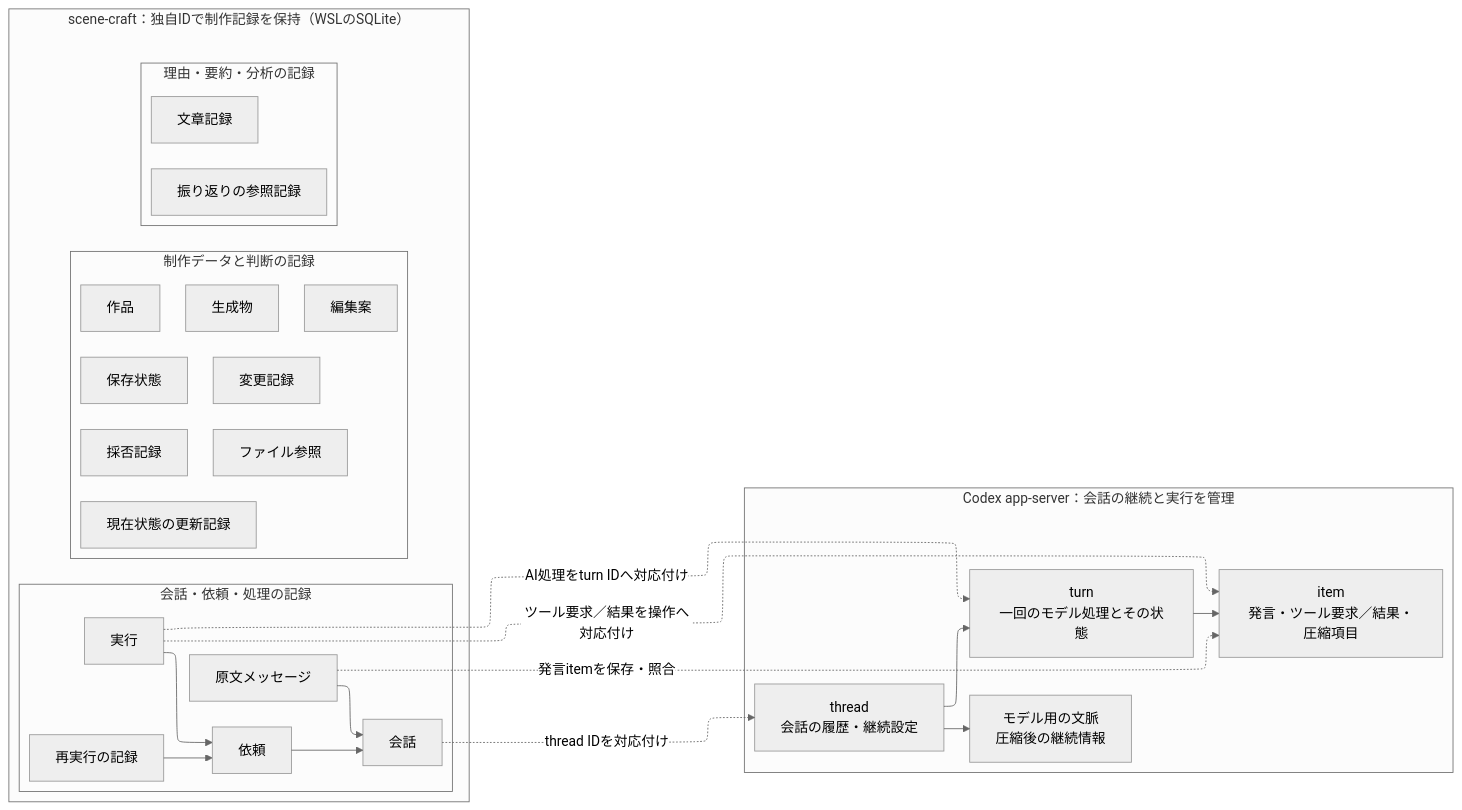
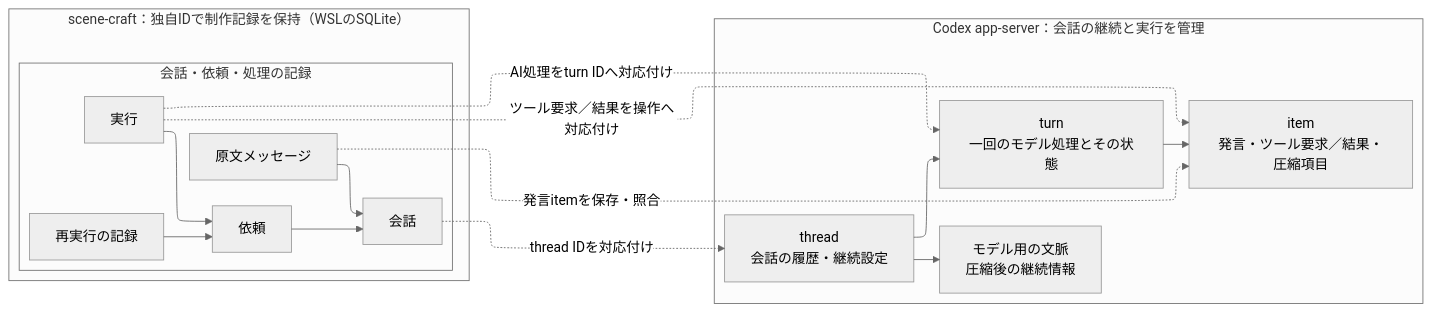
The diagram in docs/research/codex-app-server-ui-capabilities.md (Kurarowa305/scene-craft), drawn with Mermaid before and after one commit. The commit also changed other lines of this file, not shown here.

Commit message:
docs: focus entity diagram on app-server connections

````diff
--- a/docs/research/codex-app-server-ui-capabilities.md
+++ b/docs/research/codex-app-server-ui-capabilities.md
@@ -59,54 +59,38 @@
 ```mermaid
 ---
 config:
   layout: elk
   theme: neutral
 ---
 flowchart LR
   subgraph AS["Codex app-server：会話の継続と実行を管理"]
     direction TB
     AThread["thread<br/>会話の履歴・継続設定"]
     ATurn["turn<br/>一回のモデル処理とその状態"]
     AItem["item<br/>発言・ツール要求／結果・圧縮項目"]
     AContext["モデル用の文脈<br/>圧縮後の継続情報"]
     AThread --> ATurn
     ATurn --> AItem
     AThread --> AContext
   end
 
   subgraph SC["scene-craft：独自IDで制作記録を保持（WSLのSQLite）"]
     subgraph SR["会話・依頼・処理の記録"]
       direction TB
       SConversation["会話"]
       SMessage["原文メッセージ"]
       SRequest["依頼"]
       SExecution["実行"]
       SRetry["再実行の記録"]
       SMessage --> SConversation
       SRequest --> SConversation
       SExecution --> SRequest
       SRetry --> SRequest
     end
-    subgraph ST["理由・要約・分析の記録"]
-      direction TB
-      SText["文章記録"]
-      SReview["振り返りの参照記録"]
-    end
-    subgraph SP["制作データと判断の記録"]
-      direction TB
-      SWork["作品"]
-      SFile["ファイル参照"]
-      SArtifact["生成物"]
-      SState["保存状態"]
-      SChange["変更記録"]
-      SCandidate["編集案"]
-      SDecision["採否記録"]
-      SCurrent["現在状態の更新記録"]
-    end
   end
 
   SConversation -. "thread IDを対応付け" .-> AThread
   SExecution -. "AI処理をturn IDへ対応付け" .-> ATurn
   SMessage -. "発言itemを保存・照合" .-> AItem
   SExecution -. "ツール要求／結果を操作へ対応付け" .-> AItem
 ```
````
